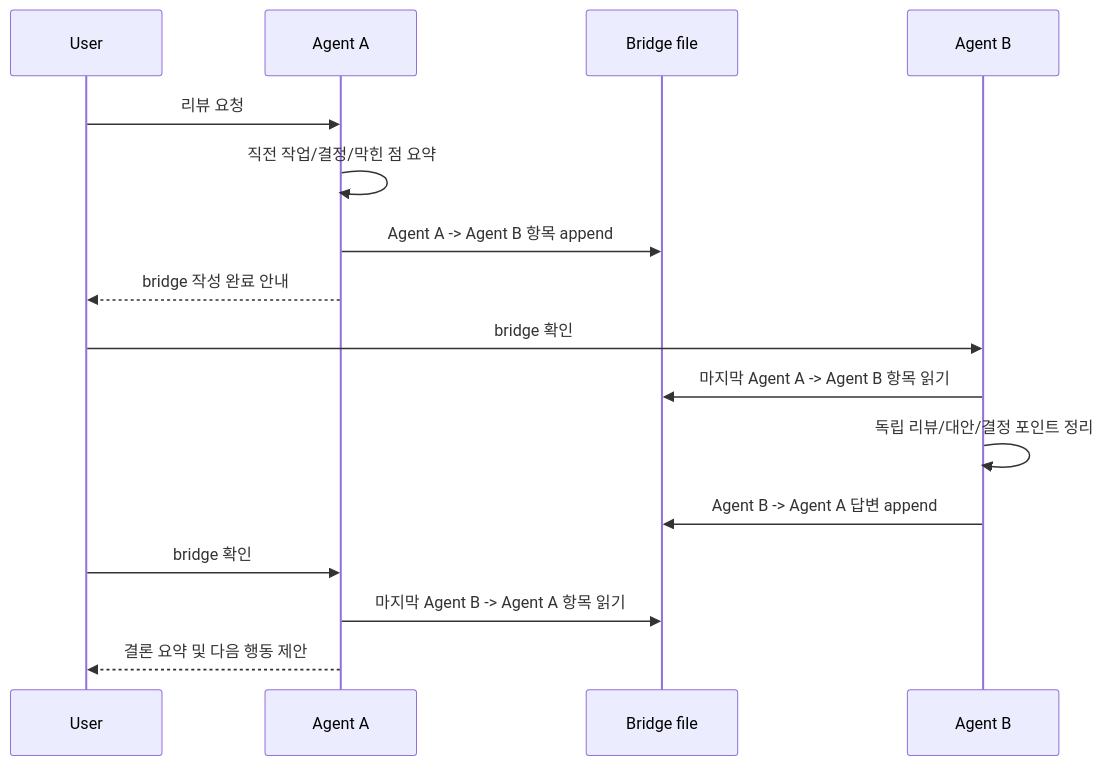
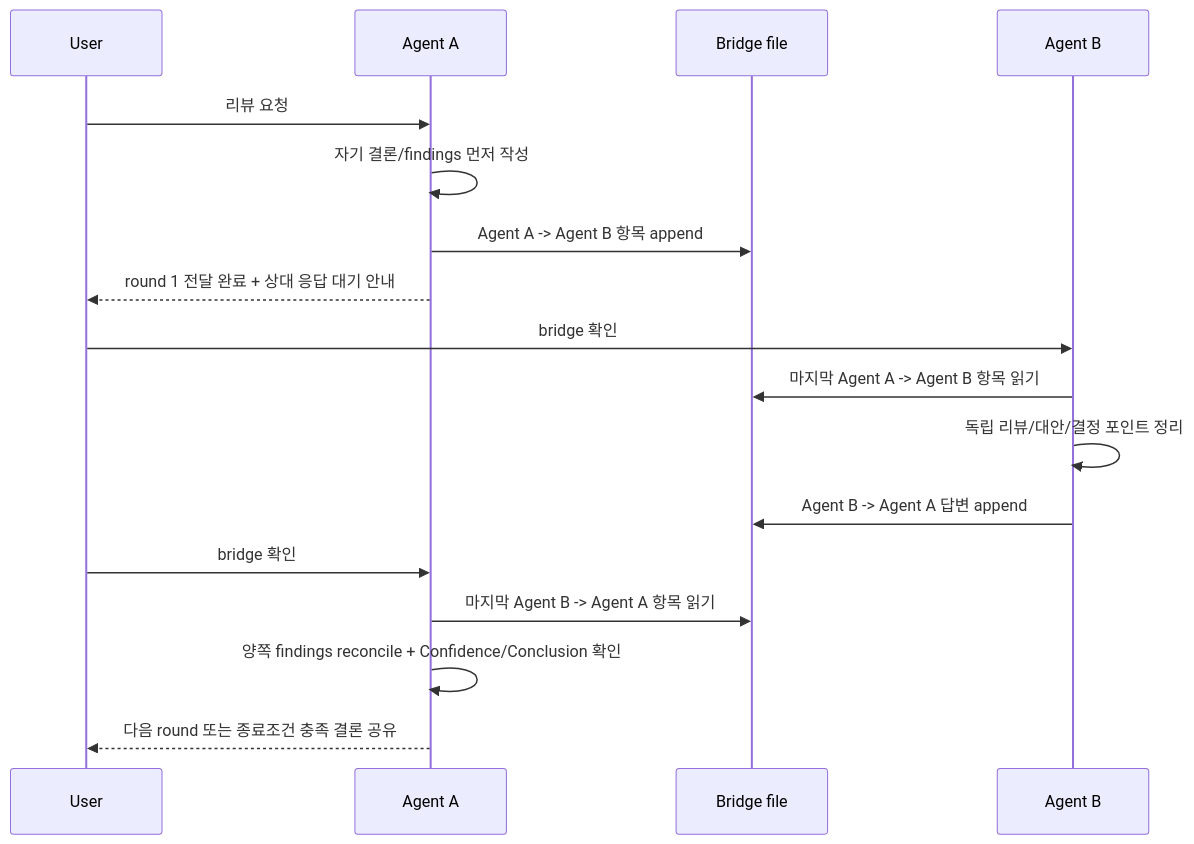
The first of 3 diagrams in README.md (hypark5540/ai-bridge), drawn with Mermaid before and after one commit. The commit also changed other lines of this file and 10 other files, not shown here.

````diff
--- a/README.md
+++ b/README.md
@@ -257,19 +279,20 @@
 ```mermaid
 sequenceDiagram
     participant U as User
     participant A as Agent A
     participant B as Bridge file
     participant C as Agent B
 
     U->>A: 리뷰 요청
-    A->>A: 직전 작업/결정/막힌 점 요약
+    A->>A: 자기 결론/findings 먼저 작성
     A->>B: Agent A -> Agent B 항목 append
-    A-->>U: bridge 작성 완료 안내
+    A-->>U: round 1 전달 완료 + 상대 응답 대기 안내
     U->>C: bridge 확인
     C->>B: 마지막 Agent A -> Agent B 항목 읽기
     C->>C: 독립 리뷰/대안/결정 포인트 정리
     C->>B: Agent B -> Agent A 답변 append
     U->>A: bridge 확인
     A->>B: 마지막 Agent B -> Agent A 항목 읽기
-    A-->>U: 결론 요약 및 다음 행동 제안
+    A->>A: 양쪽 findings reconcile + Confidence/Conclusion 확인
+    A-->>U: 다음 round 또는 종료조건 충족 결론 공유
 ```
````
